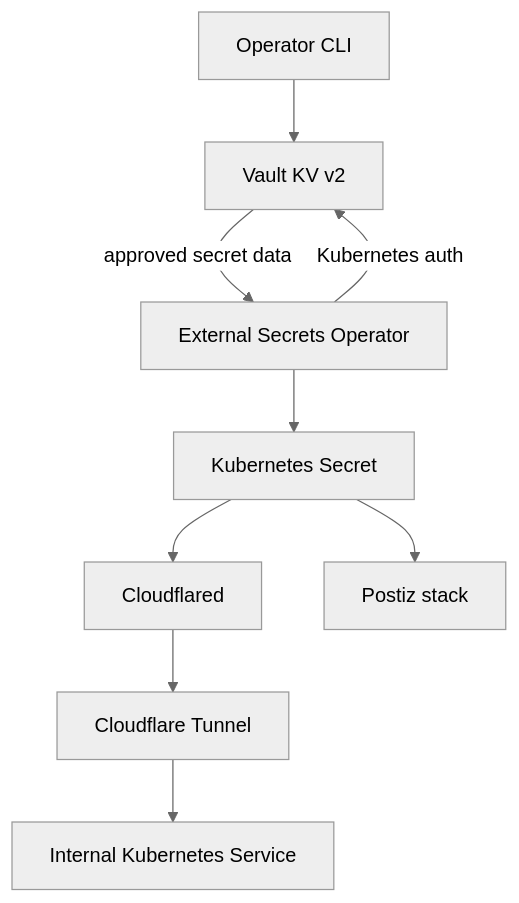
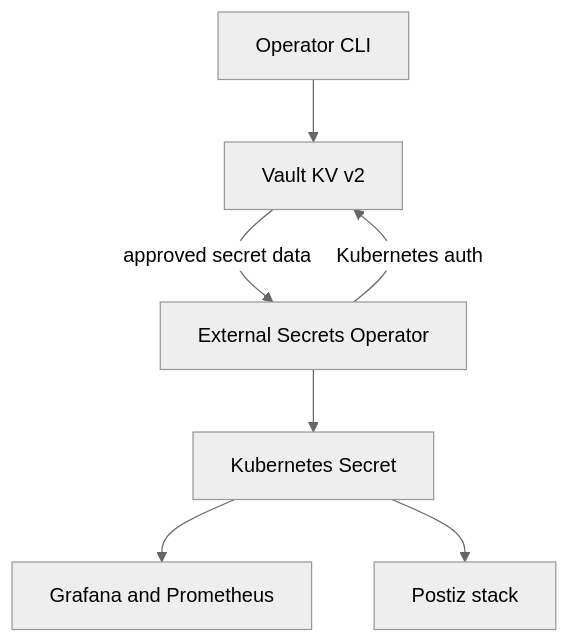
The diagram in docs/architecture/secrets-flow.md (HYP3R00T/homelab), drawn with Mermaid (neutral theme) before and after one commit. The commit also changed other lines of this file and 265 other files, not shown here.

````diff
--- a/docs/architecture/secrets-flow.md
+++ b/docs/architecture/secrets-flow.md
@@ -11,11 +11,9 @@
 ```mermaid
 flowchart TB
     Admin[Operator CLI] --> Vault[Vault KV v2]
     ESO[External Secrets Operator] -->|Kubernetes auth| Vault
     Vault -->|approved secret data| ESO
     ESO --> Secret[Kubernetes Secret]
-    Secret --> Cloudflared[Cloudflared]
+    Secret --> Monitoring[Grafana and Prometheus]
     Secret --> Postiz[Postiz stack]
-    Cloudflared --> Tunnel[Cloudflare Tunnel]
-    Tunnel --> Service[Internal Kubernetes Service]
 ```
````
